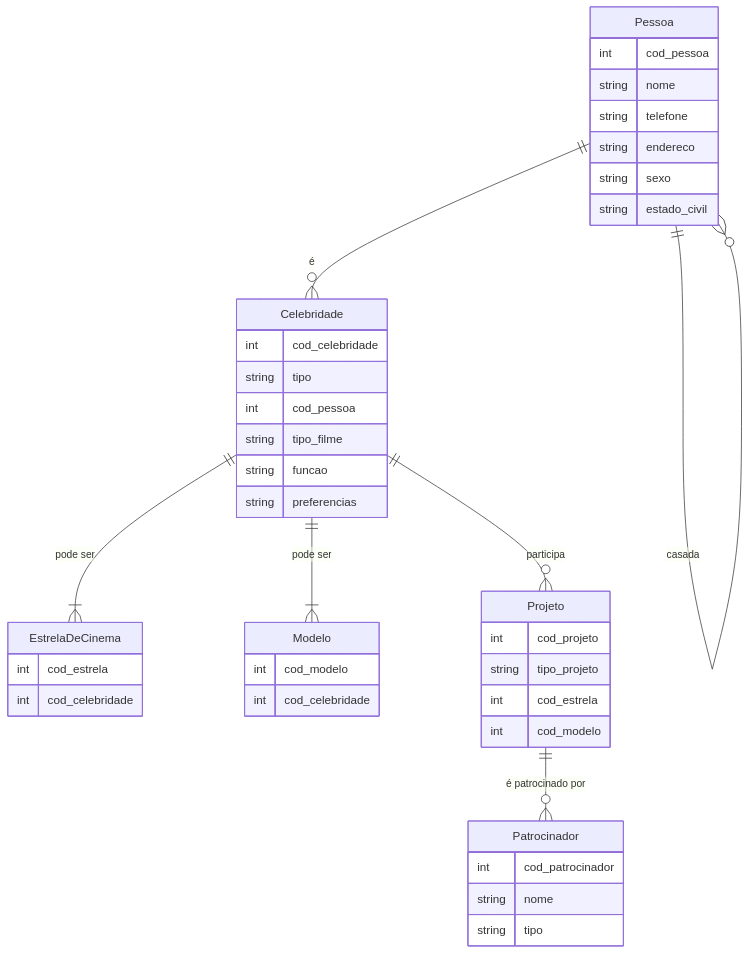
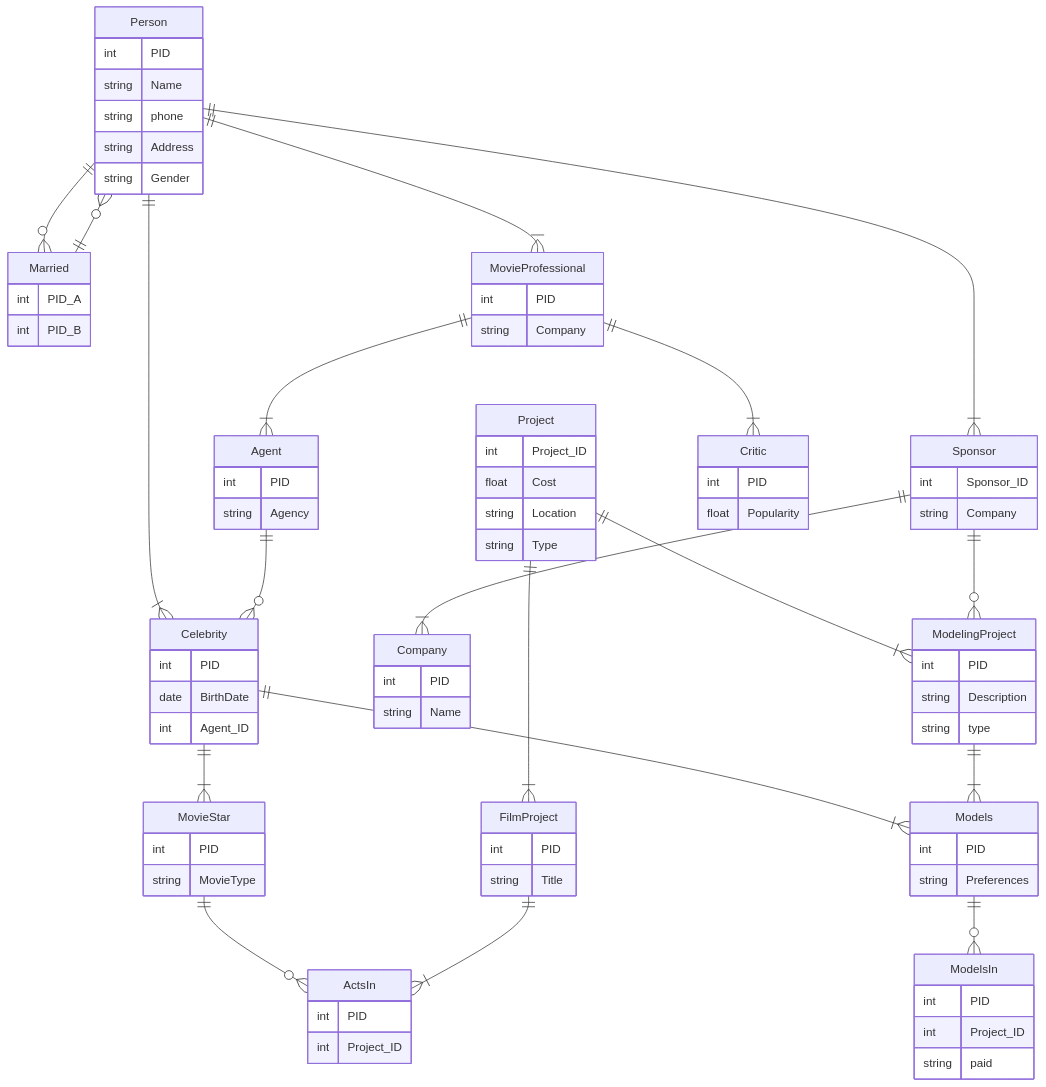
One commit to kfrural/BD changed the first of 2 diagrams in HollywoodDB/README.md. Above: the diagram before and after it, drawn with Mermaid. The commit also changed other lines of this file, not shown here.

````diff
--- a/HollywoodDB/README.md
+++ b/HollywoodDB/README.md
@@ -112,45 +219,104 @@
 ```mermaid
 erDiagram
-    Pessoa {
-        int cod_pessoa
-        string nome
-        string telefone
-        string endereco
-        string sexo
-        string estado_civil
-    }
-    Celebridade {
-        int cod_celebridade
-        string tipo
-        int cod_pessoa
-        string tipo_filme
-        string funcao
-        string preferencias
-    }
-    EstrelaDeCinema {
-        int cod_estrela
-        int cod_celebridade
-    }
-    Modelo {
-        int cod_modelo
-        int cod_celebridade
-    }
-    Projeto {
-        int cod_projeto
-        string tipo_projeto
-        int cod_estrela
-        int cod_modelo
-    }
-    Patrocinador {
-        int cod_patrocinador
-        string nome
-        string tipo
+    Person {
+        int PID
+        string Name
+        string phone
+        string Address
+        string Gender
     }
 
-    Pessoa ||--o{ Celebridade : "é"
-    Pessoa ||--o{ Pessoa : "casada"
-    Celebridade ||--|{ EstrelaDeCinema : "pode ser"
-    Celebridade ||--|{ Modelo : "pode ser"
-    Celebridade ||--o{ Projeto : "participa"
-    Projeto ||--o{ Patrocinador : "é patrocinado por"
+    Married {
+        int PID_A
+        int PID_B
+    }
+
+    Celebrity {
+        int PID
+        date BirthDate
+        int Agent_ID
+    }
+
+    Agent {
+        int PID
+        string Agency
+    }
+
+    Project {
+        int Project_ID
+        float Cost
+        string Location
+        string Type
+    }
+
+    Sponsor {
+        int Sponsor_ID
+        string Company
+    }
+
+    MovieProfessional {
+        int PID
+        string Company
+    }
+
+    Critic {
+        int PID
+        float Popularity
+    }
+
+    MovieStar {
+        int PID
+        string MovieType
+    }
+
+    Models {
+        int PID
+        string Preferences
+    }
+
+    ActsIn {
+        int PID
+        int Project_ID
+    }
+
+    FilmProject {
+        int PID
+        string Title
+    }
+
+    ModelsIn {
+        int PID
+        int Project_ID
+        string paid
+    }
+
+    Company {
+        int PID
+        string Name
+    }
+
+    ModelingProject {
+        int PID
+        string Description
+        string type
+    }
+
+    Person ||--o{ Married : ""
+    Married ||--o{ Person : ""
+    Person ||--|{ Celebrity : ""
+    Person ||--|{MovieProfessional : ""
+    Person ||--|{ Sponsor : ""
+    MovieProfessional ||--|{ Critic : ""
+    MovieProfessional ||--|{ Agent : ""
+    Agent ||--o{ Celebrity : ""
+    Celebrity ||--|{ MovieStar : ""
+    Celebrity ||--|{ Models : ""
+    MovieStar ||--o{ActsIn : ""
+    FilmProject ||--|{ActsIn : ""
+    Project ||--|{FilmProject : ""
+    Project ||--|{ ModelingProject : ""
+    Models ||--o{ModelsIn : ""
+    ModelingProject ||--|{Models : ""
+    Sponsor ||--o{ModelingProject : ""
+    Sponsor ||--|{ Company : ""
 ```
````
